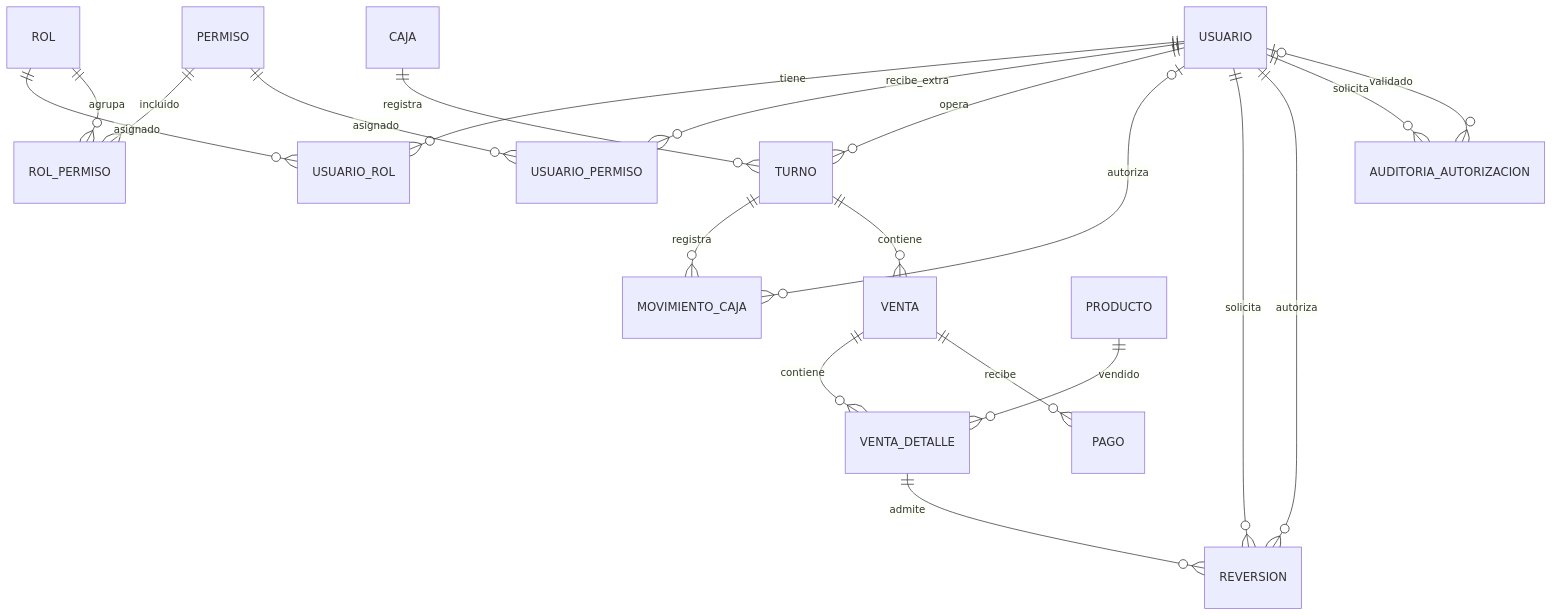
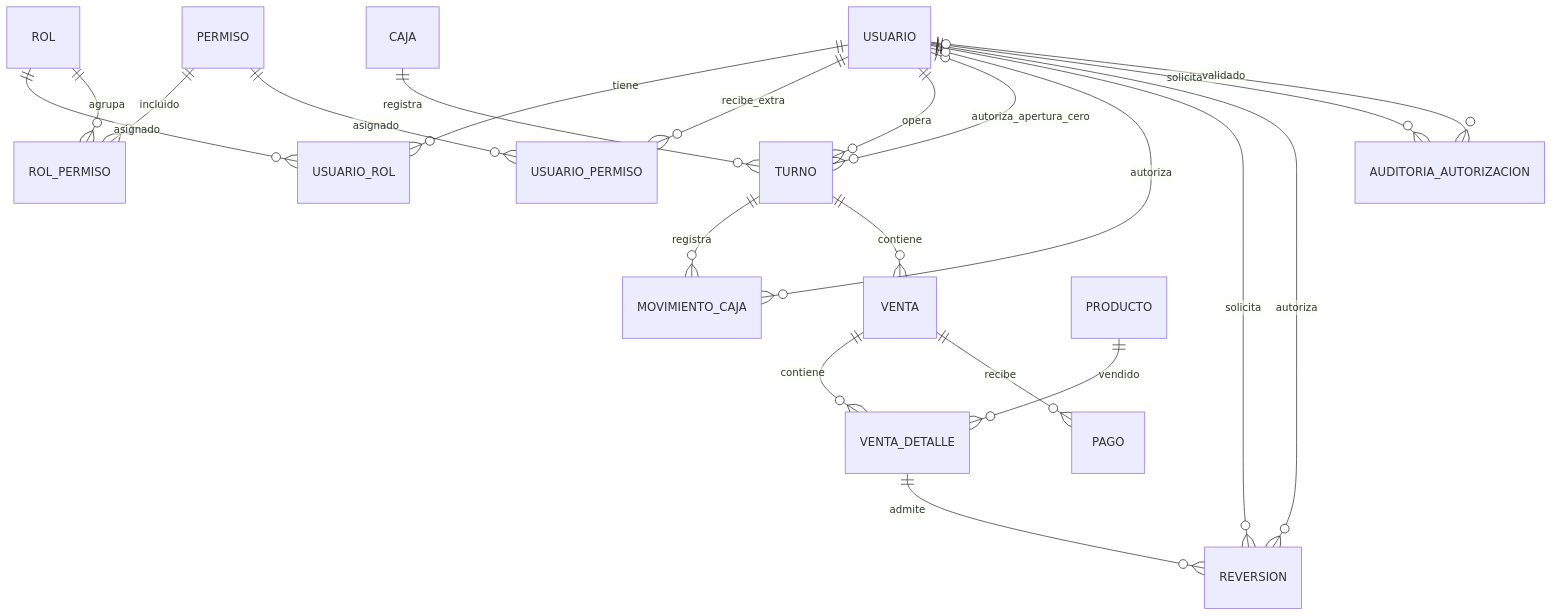
The diagram in docs/modelo-er.md (MJMontufar/SupermarketApp), drawn with Mermaid before and after one commit. The commit also changed other lines of this file and 25 other files, not shown here.

Commit message:
rn-03: apertura con fondo cero autorizada y auditada

````diff
--- a/docs/modelo-er.md
+++ b/docs/modelo-er.md
@@ -3,22 +3,23 @@
 ```mermaid
 erDiagram
     USUARIO ||--o{ USUARIO_ROL : tiene
     ROL ||--o{ USUARIO_ROL : asignado
     ROL ||--o{ ROL_PERMISO : agrupa
     PERMISO ||--o{ ROL_PERMISO : incluido
     USUARIO ||--o{ USUARIO_PERMISO : recibe_extra
     PERMISO ||--o{ USUARIO_PERMISO : asignado
     CAJA ||--o{ TURNO : registra
     USUARIO ||--o{ TURNO : opera
+    USUARIO o|--o{ TURNO : autoriza_apertura_cero
     TURNO ||--o{ MOVIMIENTO_CAJA : registra
     USUARIO o|--o{ MOVIMIENTO_CAJA : autoriza
     TURNO ||--o{ VENTA : contiene
     VENTA ||--o{ VENTA_DETALLE : contiene
     PRODUCTO ||--o{ VENTA_DETALLE : vendido
     VENTA ||--o{ PAGO : recibe
     VENTA_DETALLE ||--o{ REVERSION : admite
     USUARIO ||--o{ REVERSION : solicita
     USUARIO ||--o{ REVERSION : autoriza
     USUARIO ||--o{ AUDITORIA_AUTORIZACION : solicita
     USUARIO o|--o{ AUDITORIA_AUTORIZACION : validado
 ```
````
